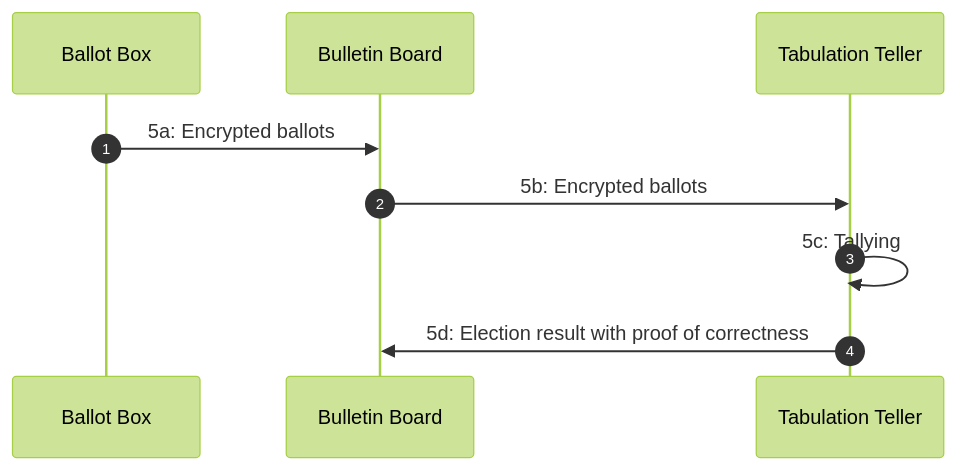
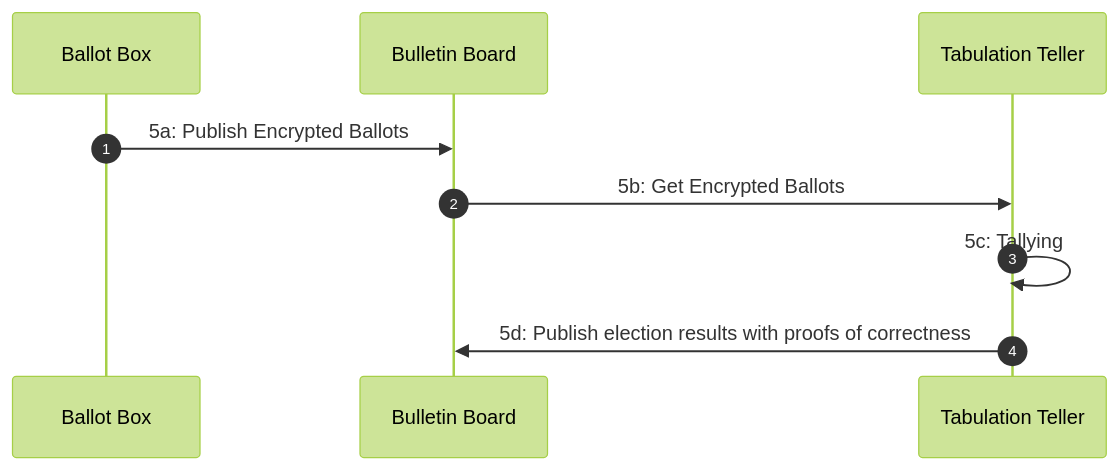
The fifth of 5 diagrams in README.md (AlessandroPerez/evoting-rs), drawn with Mermaid (forest theme) before and after one commit. The commit also changed other lines of this file, not shown here.

````diff
--- a/README.md
+++ b/README.md
@@ -112,11 +112,11 @@
 ```mermaid
 sequenceDiagram
     autonumber
     participant BB as Ballot Box
     participant WBB as Bulletin Board
     participant TT as Tabulation Teller
-    BB->>WBB: 5a: Encrypted ballots
-    WBB->>TT: 5b: Encrypted ballots
+    BB->>WBB: 5a: Publish Encrypted Ballots
+    WBB->>TT: 5b: Get Encrypted Ballots
     TT->>TT: 5c: Tallying
-    TT->>WBB: 5d: Election result with proof of correctness
+    TT->>WBB: 5d: Publish election results with proofs of correctness
 ```
````
